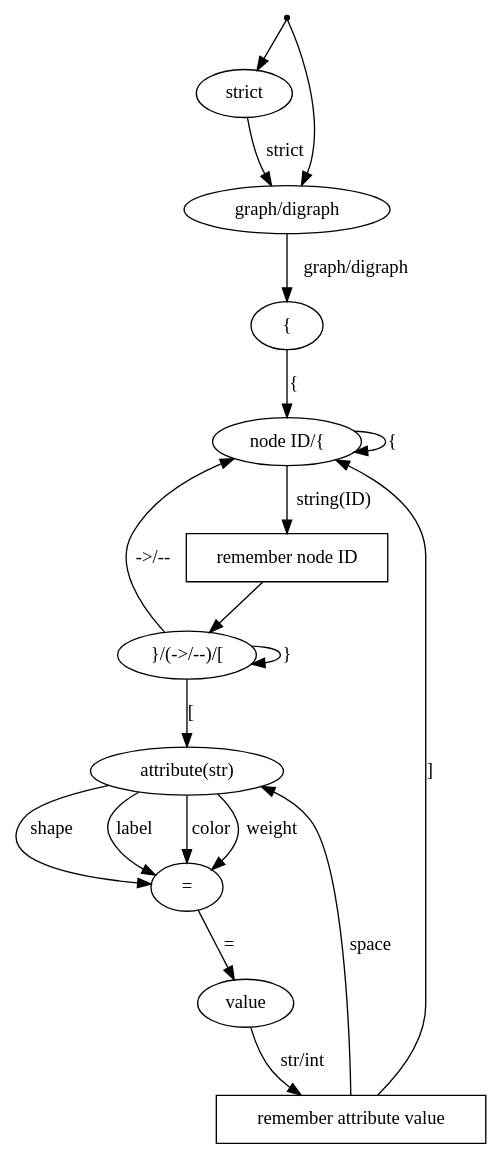
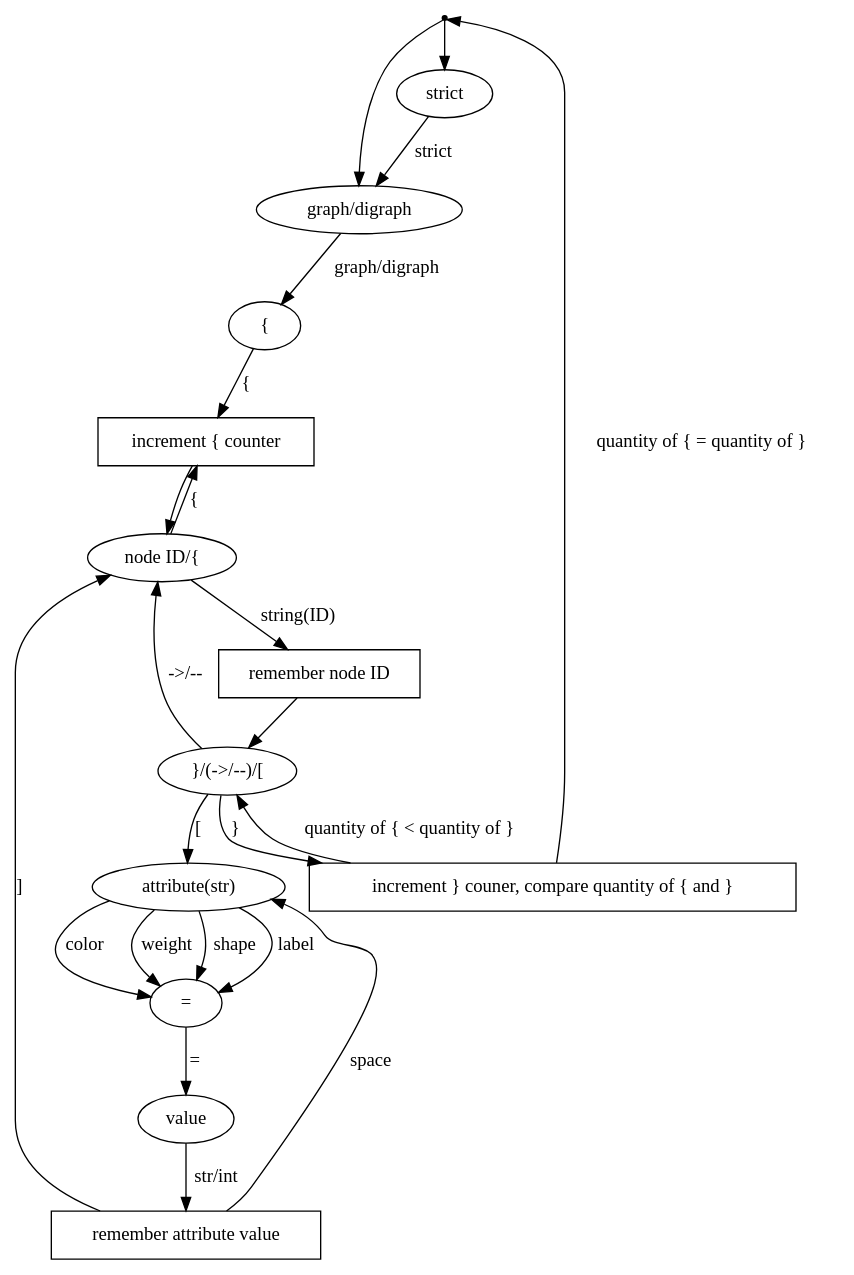
The diagram in data/proposal/lexemes.gv (AshFungor/graph-serializer), drawn with Graphviz before and after one commit. The commit also changed 1 other file, not shown here.

```diff
--- a/data/proposal/lexemes.gv
+++ b/data/proposal/lexemes.gv
@@ -1,42 +1,46 @@
 digraph {
 	entrypoint [shape = "point"]
 	strict_node [shape = "ellipse" label = "strict"]
-	graph_digraph [shape = "ellipse" label = "graph/digraph"]
-	entrypoint -> {strict_node graph_digraph} 
-	strict_node -> graph_digraph [label="strict"]
-
+	graph_start [shape = "ellipse" label = "graph/digraph"]
+	entrypoint -> {strict_node graph_start} 
+	strict_node -> graph_start [label="strict"]
 
 	open_curly_bracket [shape = "ellipse" label = "{"]
 	after_node_id [shape = "ellipse" label = "}/(->/--)/["]
 	node_id [shape = "ellipse" label = "node ID/{"]
-	graph_digraph -> open_curly_bracket [label="graph/digraph"]
-	open_curly_bracket -> node_id [label="{"]
-	node_id -> node_id [label="{"]
+	open_curly_bracket_increment [shape="box" label="increment { counter"]
+	graph_start -> open_curly_bracket [label="graph/digraph"]
+	open_curly_bracket -> open_curly_bracket_increment [label="{"]
+	node_id -> open_curly_bracket_increment [label="{"]
+	open_curly_bracket_increment -> node_id
 
 
 	remember_node_ID [shape="box" label="remember node ID"]
 	node_id -> remember_node_ID [label="string(ID)"]
 
 
 	attr [shape = "ellipse" label = "attribute(str)"]
+	close_curly_bracket_handler [shape = "box" label = "increment } couner, compare quantity of { and }"]
 	remember_node_ID -> after_node_id
 	after_node_id -> node_id [label="->/--"]
-	after_node_id -> after_node_id [label="}"]
+	after_node_id -> close_curly_bracket_handler [label = "}"]
+	close_curly_bracket_handler -> after_node_id [label = "quantity of { < quantity of }"]
+	close_curly_bracket_handler -> entrypoint [label="quantity of { = quantity of }"]
 	after_node_id -> attr [label="["] 
 
 
 	equal [shape = "ellipse" label = "="]
 	attr -> equal [label="shape"]
 	attr -> equal [label="label"]
 	attr -> equal [label="color"]
 	attr -> equal [label="weight"]
 
 
 	attr_value [shape = "ellipse" label = "value"]
 	equal -> attr_value [label="="]
 
 	remember_attr_value [shape="box" label="remember attribute value"]
 	attr_value -> remember_attr_value [label="str/int"] 
 	remember_attr_value -> attr [label="space"]
 	remember_attr_value -> node_id [label="]"]
 }
```
